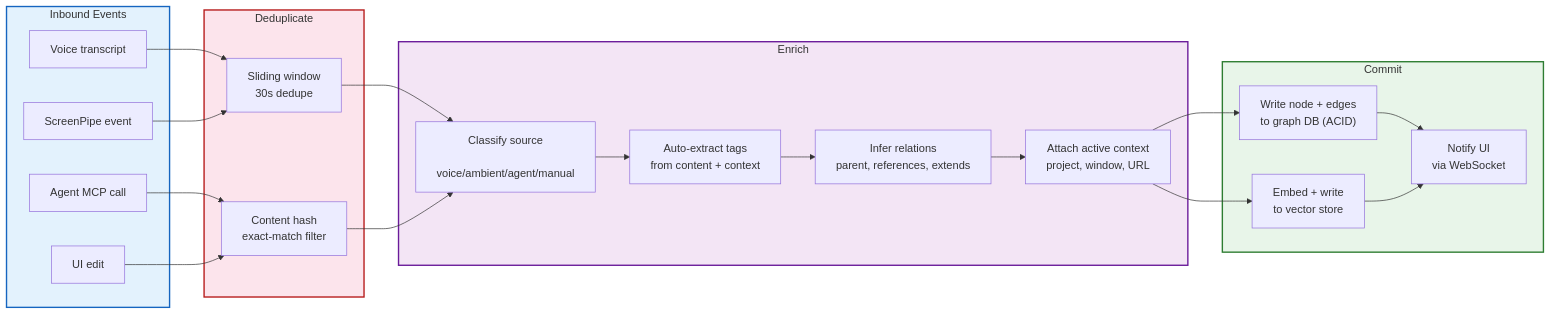
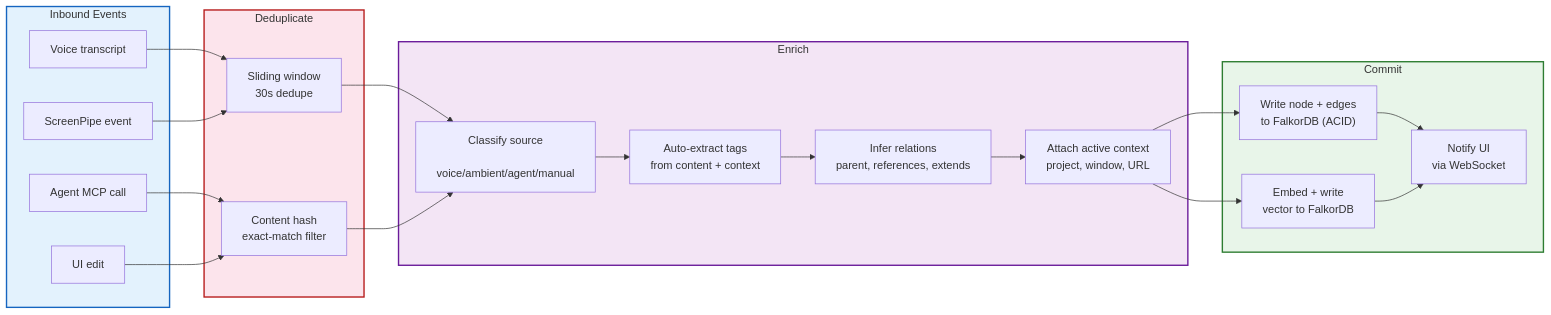
The fourth of 6 diagrams in ARCHITECTURE.md (Coldaine/voicetree), drawn with Mermaid before and after one commit. The commit also changed other lines of this file and 9 other files, not shown here.

First line of the commit message:
docs: VoiceTree v2 architecture plan  FalkorDB, Sigma.js, 5-phase roadmap

````diff
--- a/ARCHITECTURE.md
+++ b/ARCHITECTURE.md
@@ -166,49 +166,49 @@
 ```mermaid
 flowchart LR
     subgraph Input["Inbound Events"]
         voice_evt["Voice transcript"]
         screen_evt["ScreenPipe event"]
         mcp_evt["Agent MCP call"]
         edit_evt["UI edit"]
     end
 
     subgraph Dedupe["Deduplicate"]
         window["Sliding window\n 30s dedupe"]
         hash["Content hash\n exact-match filter"]
     end
 
     subgraph Enrich["Enrich"]
         classify["Classify source\n voice/ambient/agent/manual"]
         autotag["Auto-extract tags\n from content + context"]
         relations["Infer relations\n parent, references, extends"]
         context["Attach active context\n project, window, URL"]
     end
 
     subgraph Write["Commit"]
-        graphwrite["Write node + edges\n to graph DB (ACID)"]
-        vectorwrite["Embed + write\n to vector store"]
+        graphwrite["Write node + edges\n to FalkorDB (ACID)"]
+        embedwrite["Embed + write\n vector to FalkorDB"]
         notify["Notify UI\n via WebSocket"]
     end
 
     voice_evt --> window
     screen_evt --> window
     mcp_evt --> hash
     edit_evt --> hash
 
     window --> classify
     hash --> classify
 
     classify --> autotag
     autotag --> relations
     relations --> context
 
     context --> graphwrite
-    context --> vectorwrite
+    context --> embedwrite
     graphwrite --> notify
-    vectorwrite --> notify
+    embedwrite --> notify
 
     style Input fill:#e3f2fd,stroke:#1565c0,stroke-width:2px
     style Dedupe fill:#fce4ec,stroke:#b71c1c,stroke-width:2px
     style Enrich fill:#f3e5f5,stroke:#6a1b9a,stroke-width:2px
     style Write fill:#e8f5e9,stroke:#2e7d32,stroke-width:2px
 ```
````
